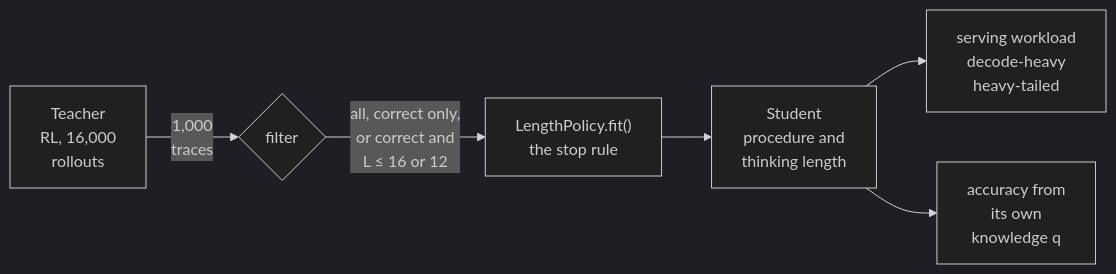
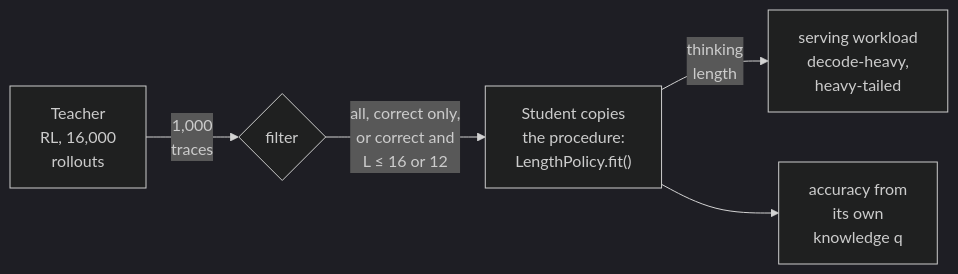
One commit to aniryou/full-stack-agentic-engineer changed the third of 4 diagrams in 00-foundations/distillation/PRIMER.md. Above: the diagram before and after it, drawn with Mermaid (dark theme). The commit also changed other lines of this file and 211 other files, not shown here.

````diff
--- a/00-foundations/distillation/PRIMER.md
+++ b/00-foundations/distillation/PRIMER.md
@@ -507,8 +511,7 @@
 ```mermaid
 flowchart LR
   T["Teacher<br/>RL, 16,000<br/>rollouts"] -->|"1,000<br/>traces"| F{"filter"}
-  F -->|"all, correct only,<br/>or correct and<br/>L ≤ 16 or 12"| M["LengthPolicy.fit()<br/>the stop rule"]
-  M --> S["Student<br/>procedure and<br/>thinking length"]
-  S --> W["serving workload<br/>decode-heavy<br/>heavy-tailed"]
+  F -->|"all, correct only,<br/>or correct and<br/>L ≤ 16 or 12"| S["Student copies<br/>the procedure:<br/>LengthPolicy.fit()"]
+  S -->|"thinking<br/>length"| W["serving workload<br/>decode-heavy,<br/>heavy-tailed"]
   S --> K["accuracy from<br/>its own<br/>knowledge q"]
 ```
````
